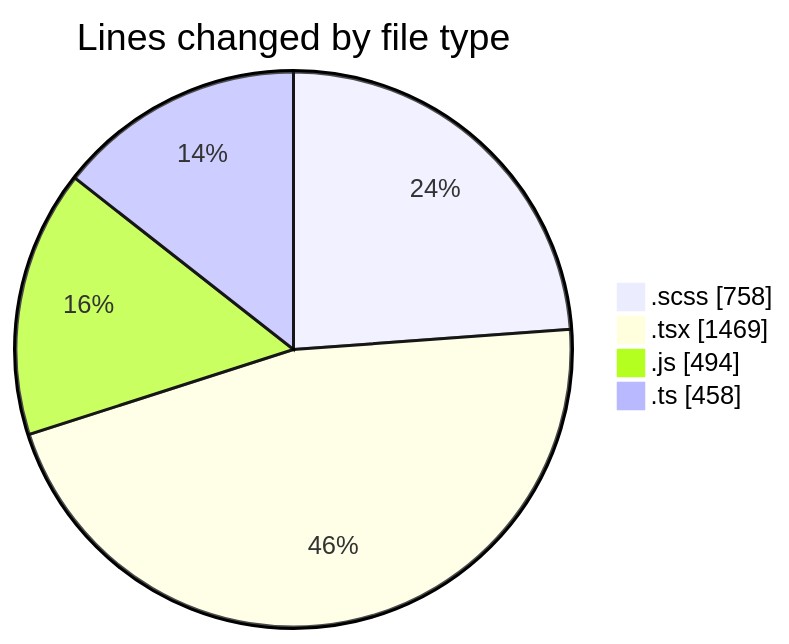
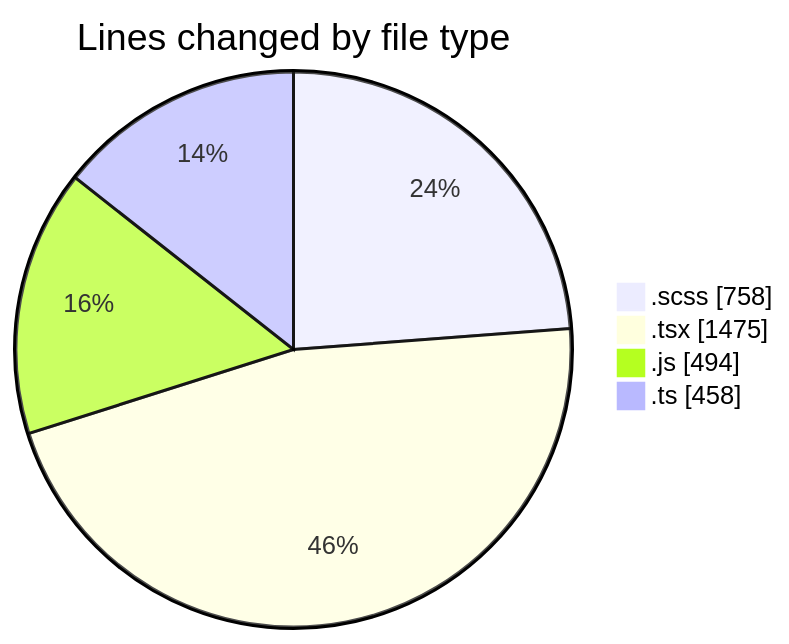
Before and after one commit to momahboobian/code-tracking: the first of 2 diagrams in 2025-03-14/cda/README.md, drawn with Mermaid. The commit also changed other lines of this file and 1 other file, not shown here.

````diff
--- a/2025-03-14/cda/README.md
+++ b/2025-03-14/cda/README.md
@@ -35,8 +35,8 @@
 ```mermaid
 pie showData
 title Lines changed by file type
 ".scss" : 758
-".tsx" : 1469
+".tsx" : 1475
 ".js" : 494
 ".ts" : 458
 ```
````
